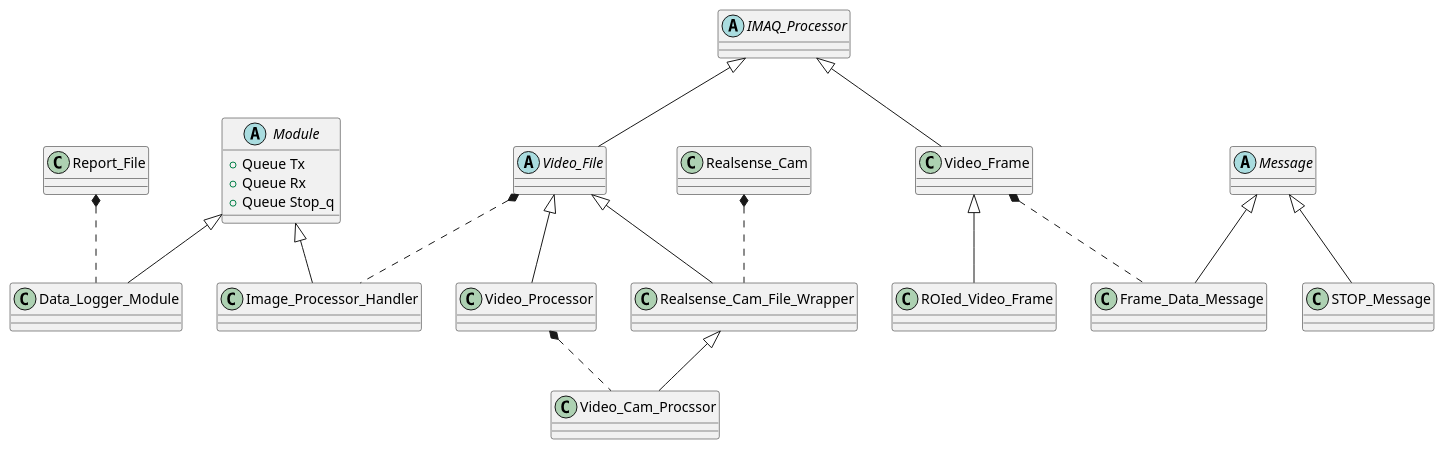
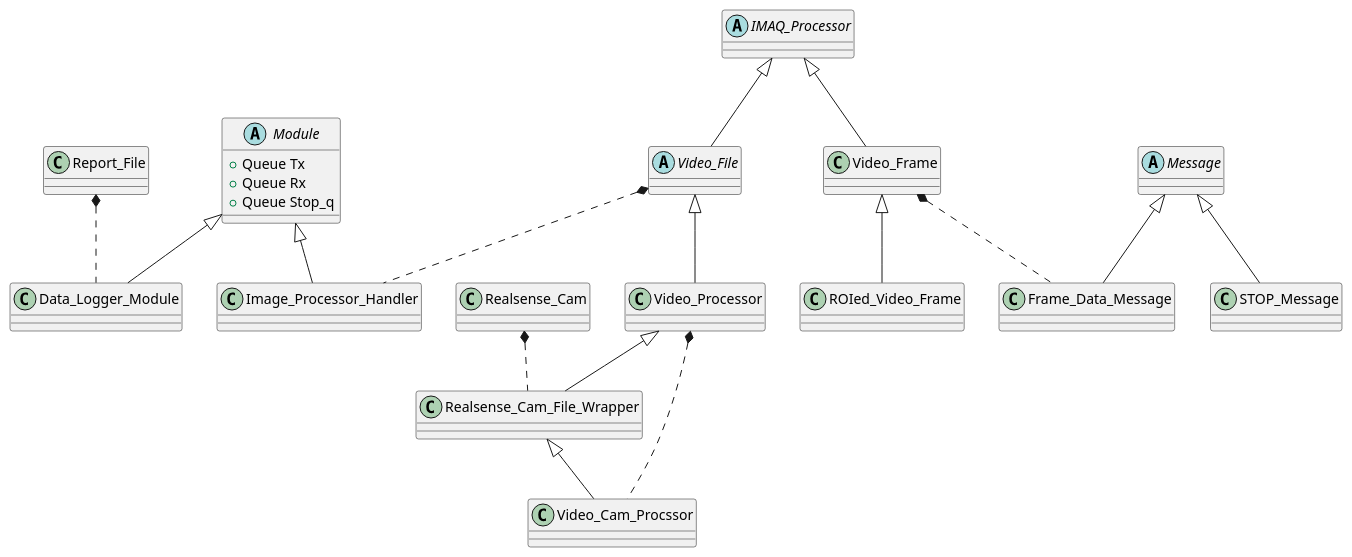
Before and after one commit to aaron-jencks/emerson_seed_object_detection: the diagram in LabVIEW/Projects/Paul's Video Viewer/Documentation/Module Breakdown.puml, drawn with PlantUML. The commit also changed 18 other files, not shown here.

```diff
--- a/LabVIEW/Projects/Paul's Video Viewer/Documentation/Module Breakdown.puml
+++ b/LabVIEW/Projects/Paul's Video Viewer/Documentation/Module Breakdown.puml
@@ -1,77 +1,77 @@
 @startuml
 
 abstract class Module{
     {field} +Queue Tx
     {field} +Queue Rx
     {field} +Queue Stop_q
 }
 
 class Report_File{
 }
 
 class Data_Logger_Module{
 }
 
 Module <|-- Data_Logger_Module
 Report_File *.. Data_Logger_Module
 
 
 abstract class IMAQ_Processor{
 }
 
 class Video_Frame{
 }
 
 IMAQ_Processor <|-- Video_Frame
 
 class ROIed_Video_Frame{
 }
 
 Video_Frame <|-- ROIed_Video_Frame
 
 abstract class Video_File{
 }
 
 IMAQ_Processor <|-- Video_File
 
 class Image_Processor_Handler{
 }
 
 Module <|-- Image_Processor_Handler
 Video_File *.. Image_Processor_Handler
 
 class Video_Processor{
 }
 
 Video_File <|-- Video_Processor
 
 class Realsense_Cam{
 }
 
 class Realsense_Cam_File_Wrapper{
 }
 
 Realsense_Cam *.. Realsense_Cam_File_Wrapper
-Video_File <|-- Realsense_Cam_File_Wrapper
+Video_Processor <|-- Realsense_Cam_File_Wrapper
 
 class Video_Cam_Procssor{
 }
 
 Realsense_Cam_File_Wrapper <|-- Video_Cam_Procssor
 Video_Processor *.. Video_Cam_Procssor
 
 abstract class Message{
 }
 
 class STOP_Message{
 }
 
 Message <|-- STOP_Message
 
 class Frame_Data_Message{
 }
 
 Message <|-- Frame_Data_Message
 Video_Frame *.. Frame_Data_Message
 
 @enduml
```
